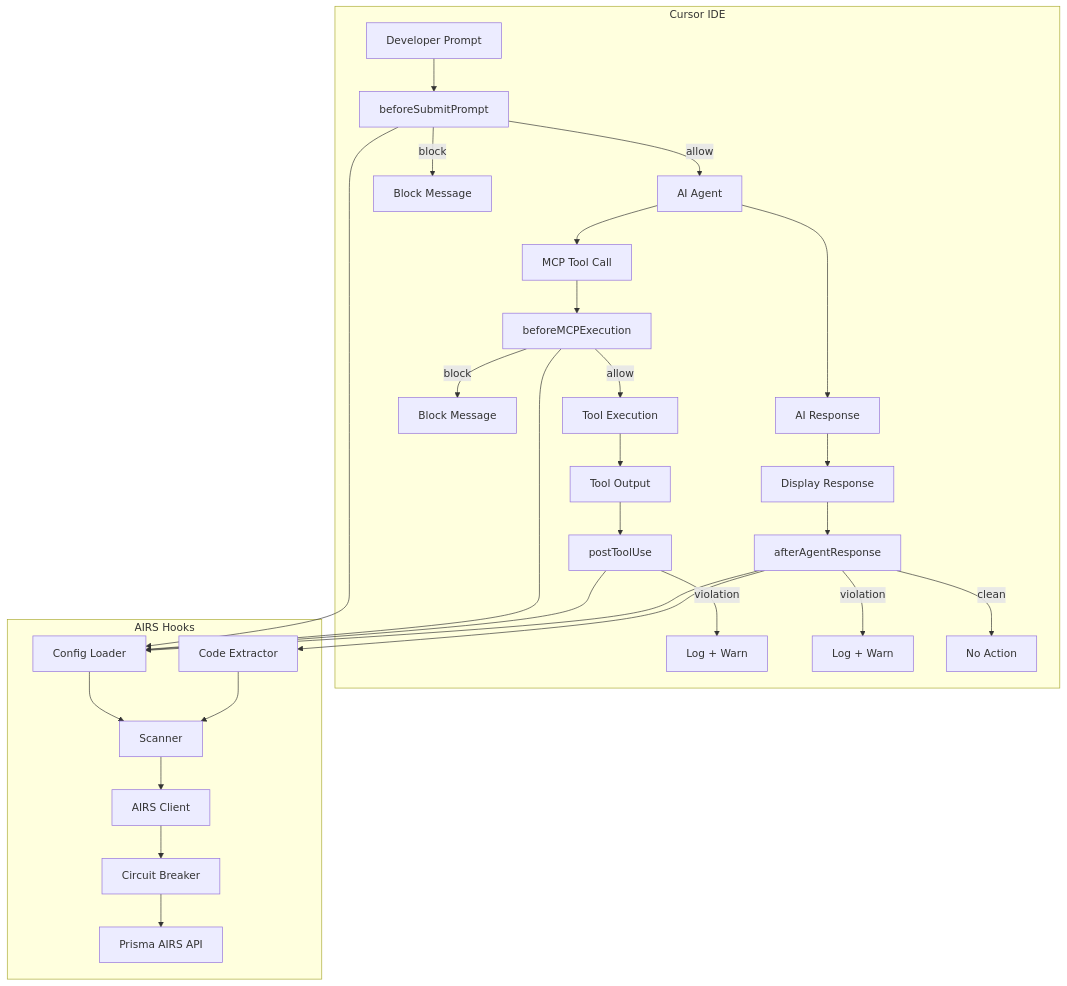
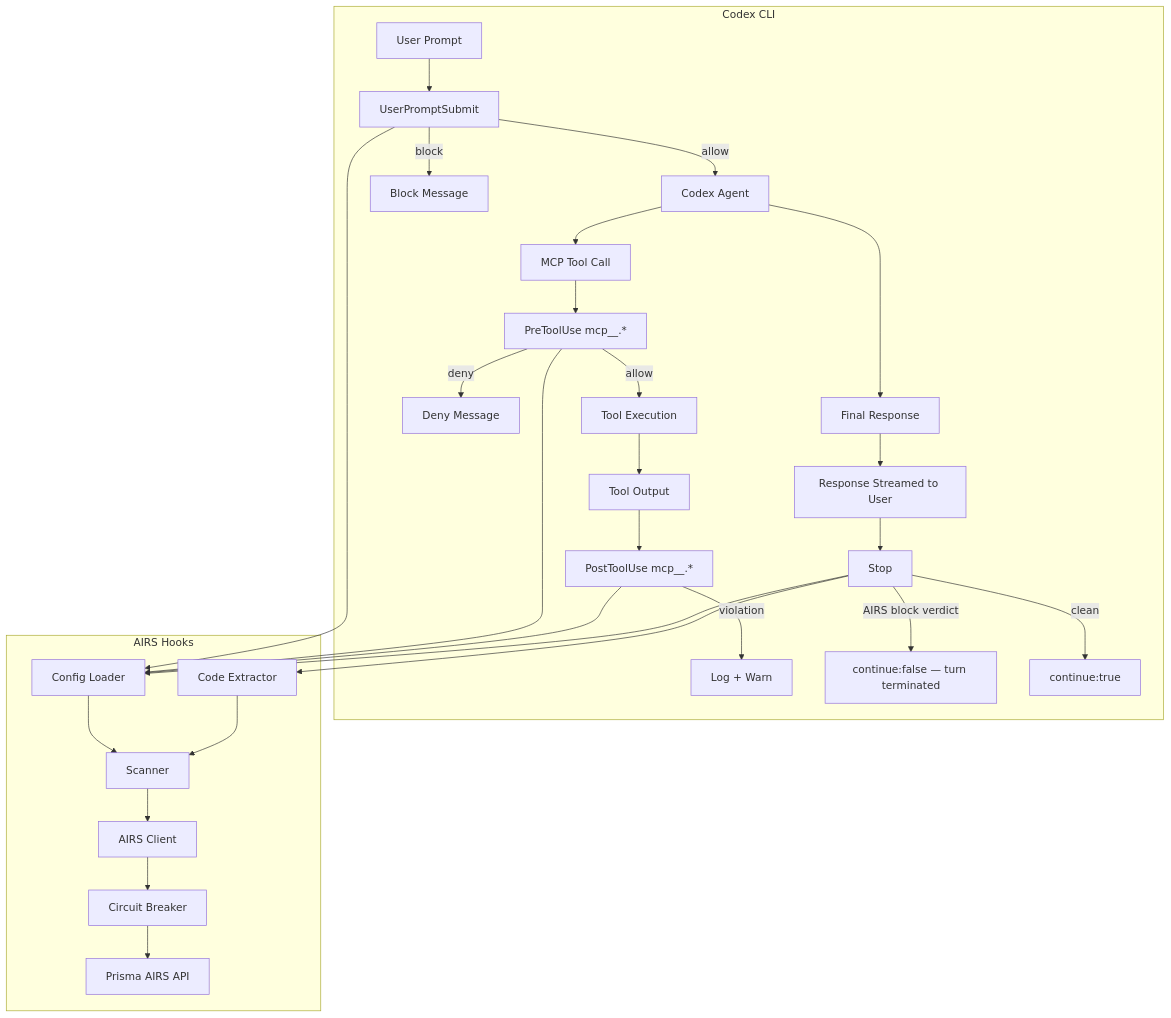
The diagram in docs/architecture/overview.md (cdot65/prisma-airs-codex-hooks), drawn with Mermaid before and after one commit. The commit also changed other lines of this file and 23 other files, not shown here.

````diff
--- a/docs/architecture/overview.md
+++ b/docs/architecture/overview.md
@@ -5,34 +5,34 @@
 ```mermaid
 flowchart TB
-    subgraph Cursor IDE
-        A[Developer Prompt] --> B[beforeSubmitPrompt]
-        B -->|allow| C[AI Agent]
+    subgraph Codex CLI
+        A[User Prompt] --> B[UserPromptSubmit]
+        B -->|allow| C[Codex Agent]
         B -->|block| D[Block Message]
         C --> T[MCP Tool Call]
-        T --> U[beforeMCPExecution]
+        T --> U[PreToolUse mcp__.*]
         U -->|allow| V[Tool Execution]
-        U -->|block| W[Block Message]
+        U -->|deny| W[Deny Message]
         V --> X[Tool Output]
-        X --> Y[postToolUse]
+        X --> Y[PostToolUse mcp__.*]
         Y -->|violation| Z[Log + Warn]
-        C --> E[AI Response]
-        E --> G[Display Response]
-        G --> F[afterAgentResponse]
-        F -->|violation| H[Log + Warn]
-        F -->|clean| I2[No Action]
+        C --> E[Final Response]
+        E --> G[Response Streamed to User]
+        G --> F[Stop]
+        F -->|AIRS block verdict| H[continue:false — turn terminated]
+        F -->|clean| I2[continue:true]
     end
 
     subgraph AIRS Hooks
         B --> I[Config Loader]
         I --> J[Scanner]
         J --> K[AIRS Client]
         K --> L[Circuit Breaker]
         L --> M[Prisma AIRS API]
 
         U --> I
         Y --> I
         F --> I
         F --> N[Code Extractor]
         N --> J
     end
 ```
````
